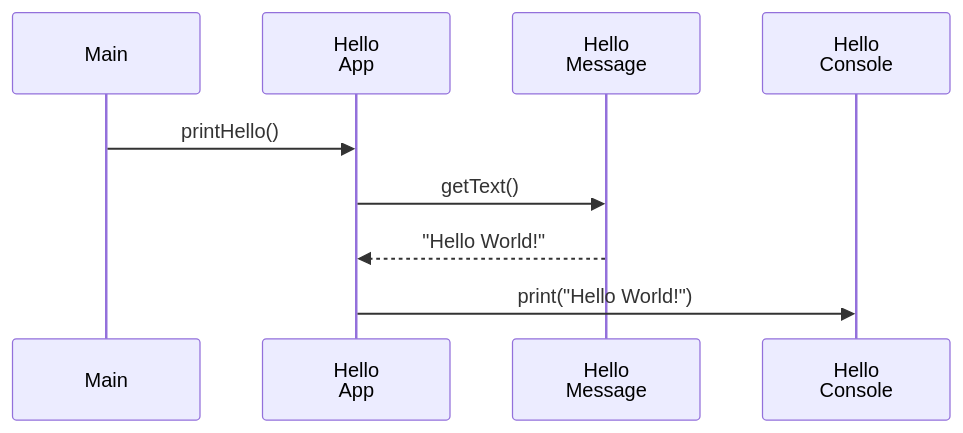
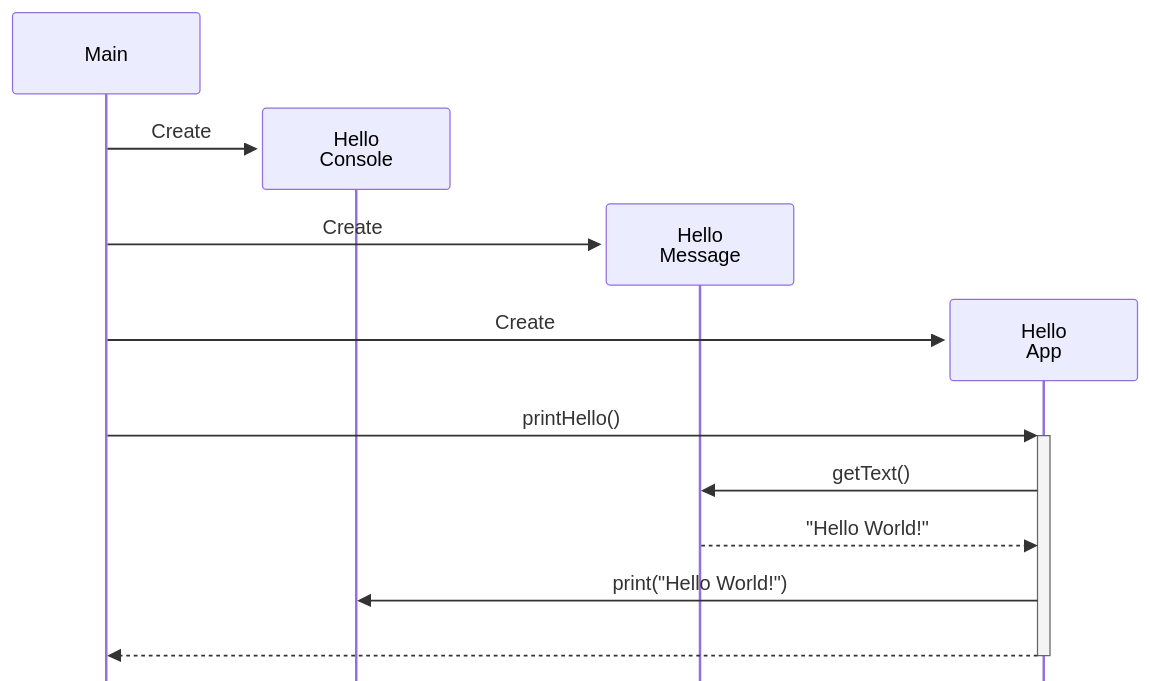
Before and after one commit to rogervinas/tests-everywhere: the first of 3 diagrams in README.md, drawn with Mermaid. The commit also changed other lines of this file, not shown here.

````diff
--- a/README.md
+++ b/README.md
@@ -5,11 +5,16 @@
 ```mermaid
+%%{ init: { "sequence": { "mirrorActors": false } } }%%
 sequenceDiagram
   participant Main
-  participant HelloApp as Hello<br>App
-  participant HelloMessage as Hello<br>Message
-  participant HelloConsole as Hello<br>Console
-  Main ->> HelloApp: printHello()
+  create participant HelloConsole as Hello<br>Console
+  Main ->> HelloConsole: Create
+  create participant HelloMessage as Hello<br>Message
+  Main ->> HelloMessage: Create
+  create participant HelloApp as Hello<br>App
+  Main ->> HelloApp: Create
+  Main ->>+ HelloApp: printHello()
   HelloApp ->> HelloMessage: getText()
   HelloMessage -->> HelloApp: "Hello World!"
   HelloApp ->> HelloConsole: print("Hello World!")
+  HelloApp -->>- Main: #0032;
 ```
````
